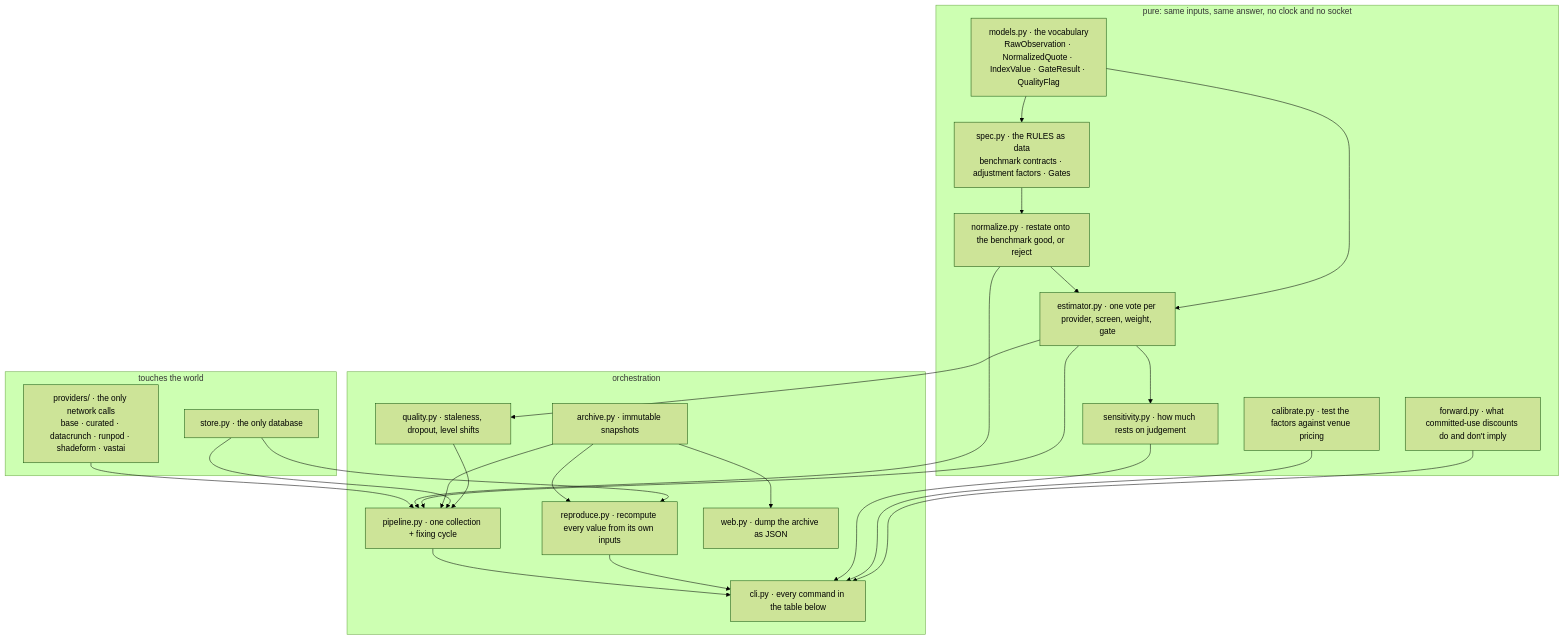
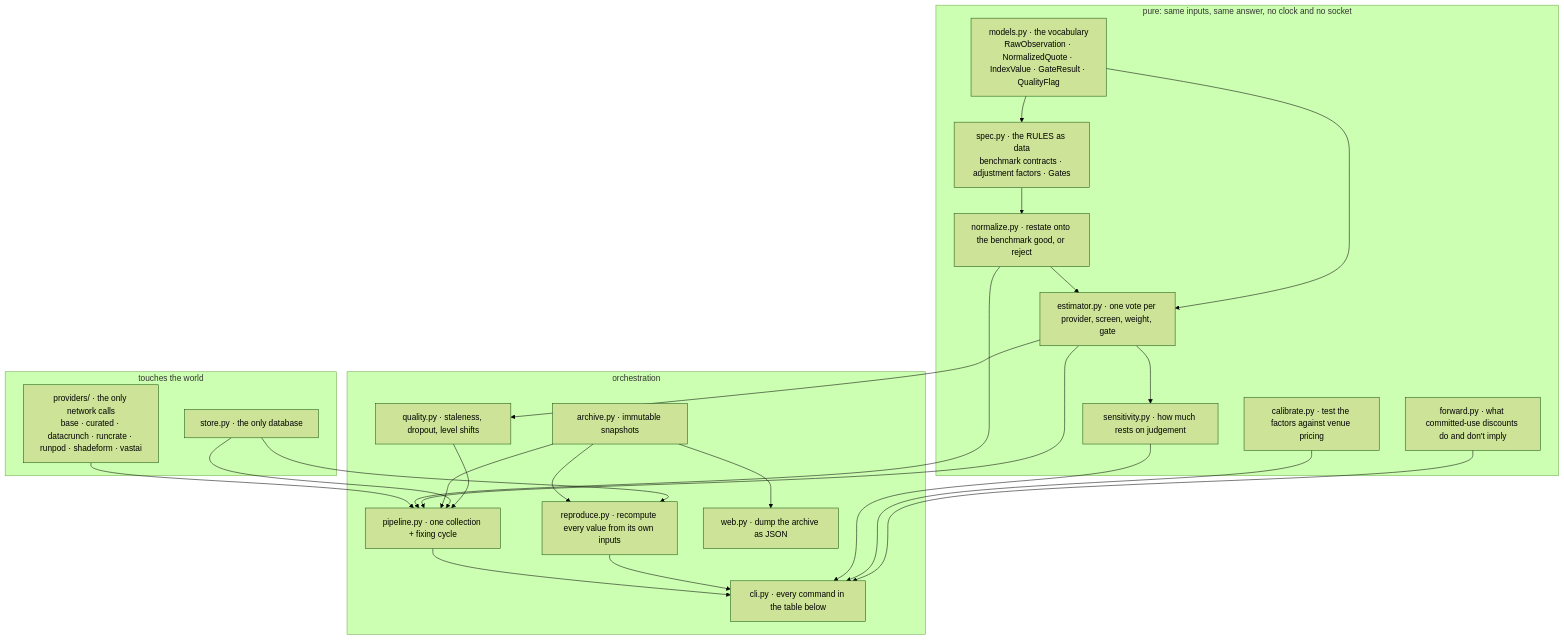
The second of 4 diagrams in README.md (henryzhangpku/gpu-price-index), drawn with Mermaid (forest theme) before and after one commit. The commit also changed other lines of this file and 4 other files, not shown here.

````diff
--- a/README.md
+++ b/README.md
@@ -166,42 +166,42 @@
 ```mermaid
 flowchart TB
     subgraph IO["touches the world"]
-        PROV["providers/ · the only network calls<br/>base · curated · datacrunch · runpod · shadeform · vastai"]
+        PROV["providers/ · the only network calls<br/>base · curated · datacrunch · runcrate · runpod · shadeform · vastai"]
         STORE["store.py · the only database"]
     end
     subgraph PURE["pure: same inputs, same answer, no clock and no socket"]
         MODELS["models.py · the vocabulary<br/>RawObservation · NormalizedQuote · IndexValue · GateResult · QualityFlag"]
         SPEC["spec.py · the RULES as data<br/>benchmark contracts · adjustment factors · Gates"]
         NORM["normalize.py · restate onto the benchmark good, or reject"]
         EST["estimator.py · one vote per provider, screen, weight, gate"]
         SENS["sensitivity.py · how much rests on judgement"]
         CAL["calibrate.py · test the factors against venue pricing"]
         FWD["forward.py · what committed-use discounts do and don't imply"]
     end
     subgraph ORCH["orchestration"]
         PIPE["pipeline.py · one collection + fixing cycle"]
         QUAL["quality.py · staleness, dropout, level shifts"]
         REPRO["reproduce.py · recompute every value from its own inputs"]
         ARCH["archive.py · immutable snapshots"]
         WEB["web.py · dump the archive as JSON"]
         CLI["cli.py · every command in the table below"]
     end
 
     MODELS --> SPEC --> NORM --> EST
     MODELS --> EST
     EST --> SENS
     PROV --> PIPE
     NORM --> PIPE
     EST --> PIPE
     ARCH --> PIPE
     STORE --> PIPE
     EST --> QUAL --> PIPE
     ARCH --> REPRO
     STORE --> REPRO
     PIPE --> CLI
     REPRO --> CLI
     SENS --> CLI
     CAL --> CLI
     FWD --> CLI
     ARCH --> WEB
 ```
````
